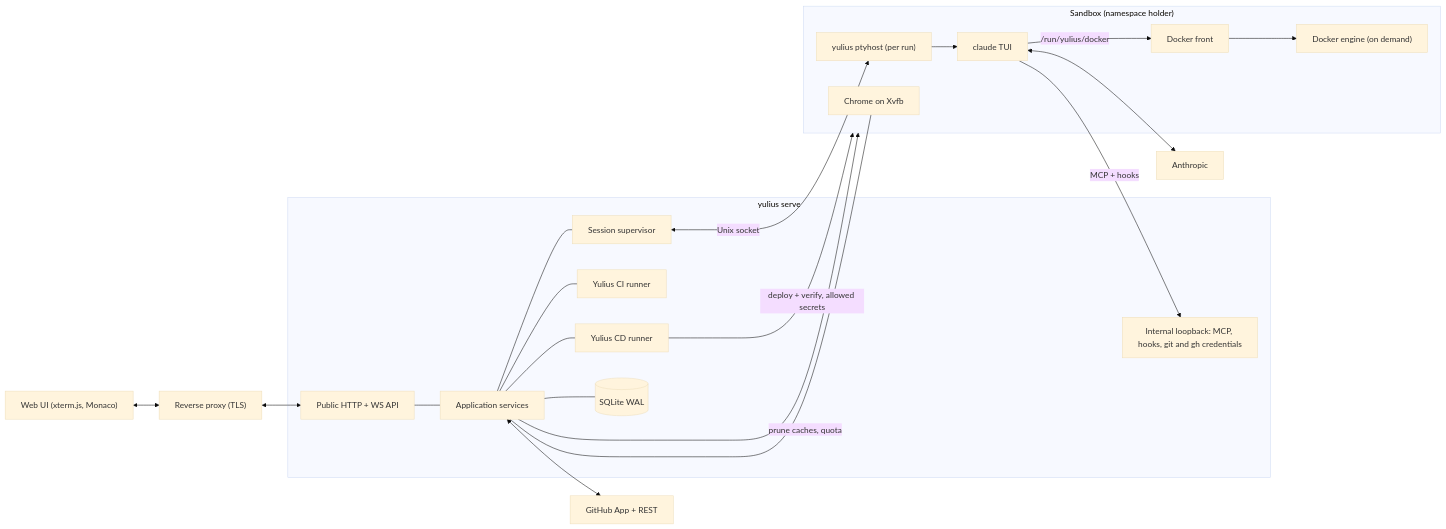
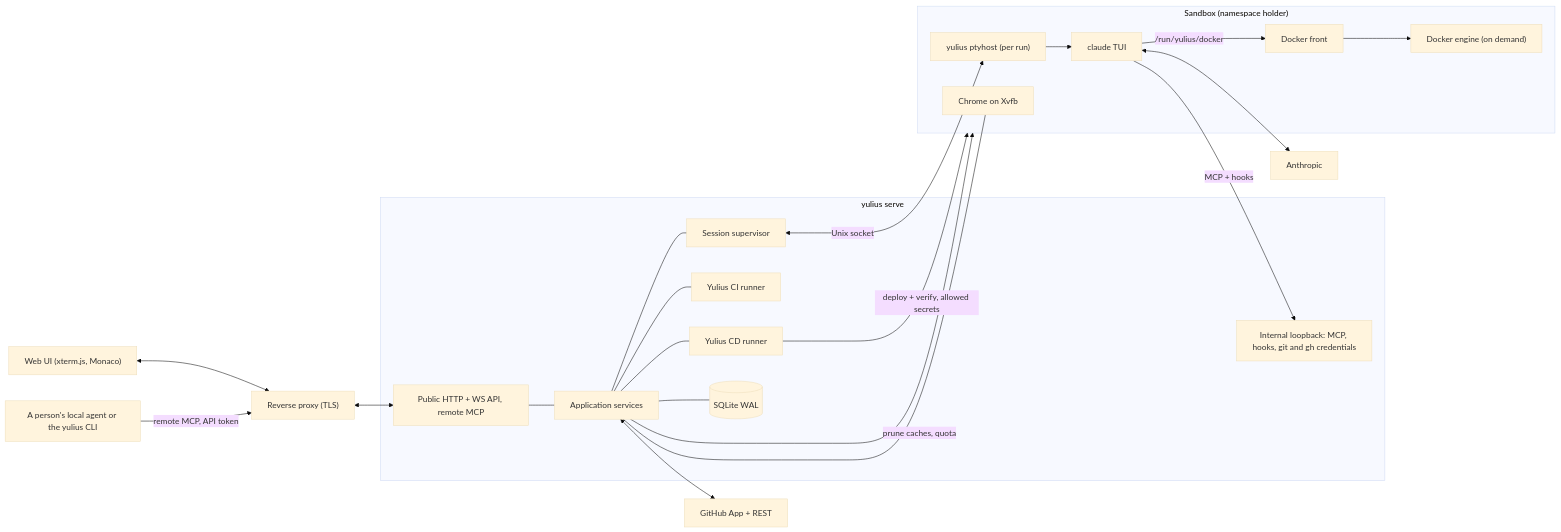
Before and after one commit to Quartio-Studio/yulius: the first of 52 diagrams in docs/architecture.md, drawn with Mermaid (base theme). The commit also changed other lines of this file and 78 other files, not shown here.

First line of the commit message:
feat(auth): drive Yulius fully from a local agent (CLI + remote MCP) (#762)

````diff
--- a/docs/architecture.md
+++ b/docs/architecture.md
@@ -9,30 +9,31 @@
 ```mermaid
 flowchart LR
   UI["Web UI (xterm.js, Monaco)"] <--> RP["Reverse proxy (TLS)"] <--> API
+  LA["A person's local agent or the yulius CLI"] -->|"remote MCP, API token"| RP
   subgraph Server["yulius serve"]
-    API["Public HTTP + WS API"]
+    API["Public HTTP + WS API, remote MCP"]
     INT["Internal loopback: MCP, hooks, git and gh credentials"]
     APP["Application services"]
     SUP["Session supervisor"]
     CI["Yulius CI runner"]
     CD["Yulius CD runner"]
     DB[("SQLite WAL")]
   end
   API --- APP --- DB
   APP --- SUP
   APP --- CI
   APP --- CD
   CD -->|"deploy + verify, allowed secrets"| SB
   APP -->|"prune caches, quota"| SB
   SUP <-->|"Unix socket"| PH["yulius ptyhost (per run)"]
   subgraph SB["Sandbox (namespace holder)"]
     PH --> AG["claude TUI"]
     CH["Chrome on Xvfb"]
     AG -->|"/run/yulius/docker"| DF["Docker front"]
     DF --> DE["Docker engine (on demand)"]
   end
   AG -->|"MCP + hooks"| INT
   APP <--> GH["GitHub App + REST"]
   AG <--> AN["Anthropic"]
   APP --- CH
 ```
````
